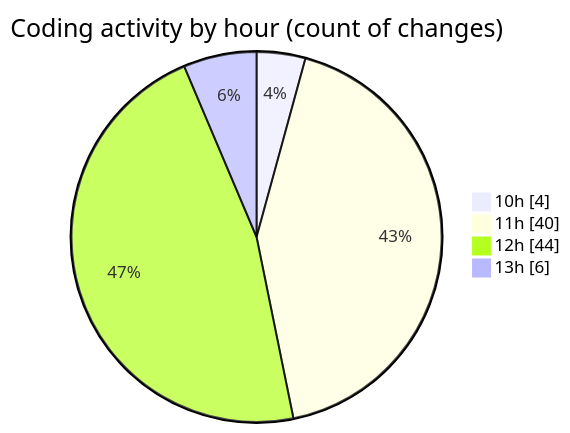
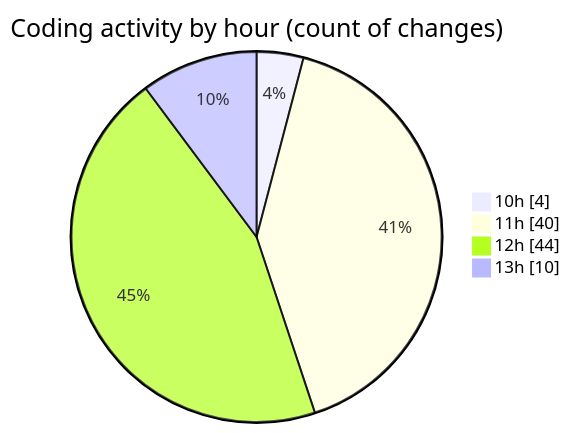
Before and after one commit to nxtqubesakshisongat/code-tracking: the second of 2 diagrams in 2025-07-28/nxtqube_webapp/README.md, drawn with Mermaid. The commit also changed other lines of this file and 1 other file, not shown here.

````diff
--- a/2025-07-28/nxtqube_webapp/README.md
+++ b/2025-07-28/nxtqube_webapp/README.md
@@ -54,8 +54,8 @@
 ```mermaid
 pie showData
 title Coding activity by hour (count of changes)
 "10h" : 4
 "11h" : 40
 "12h" : 44
-"13h" : 6
+"13h" : 10
 ```
````
